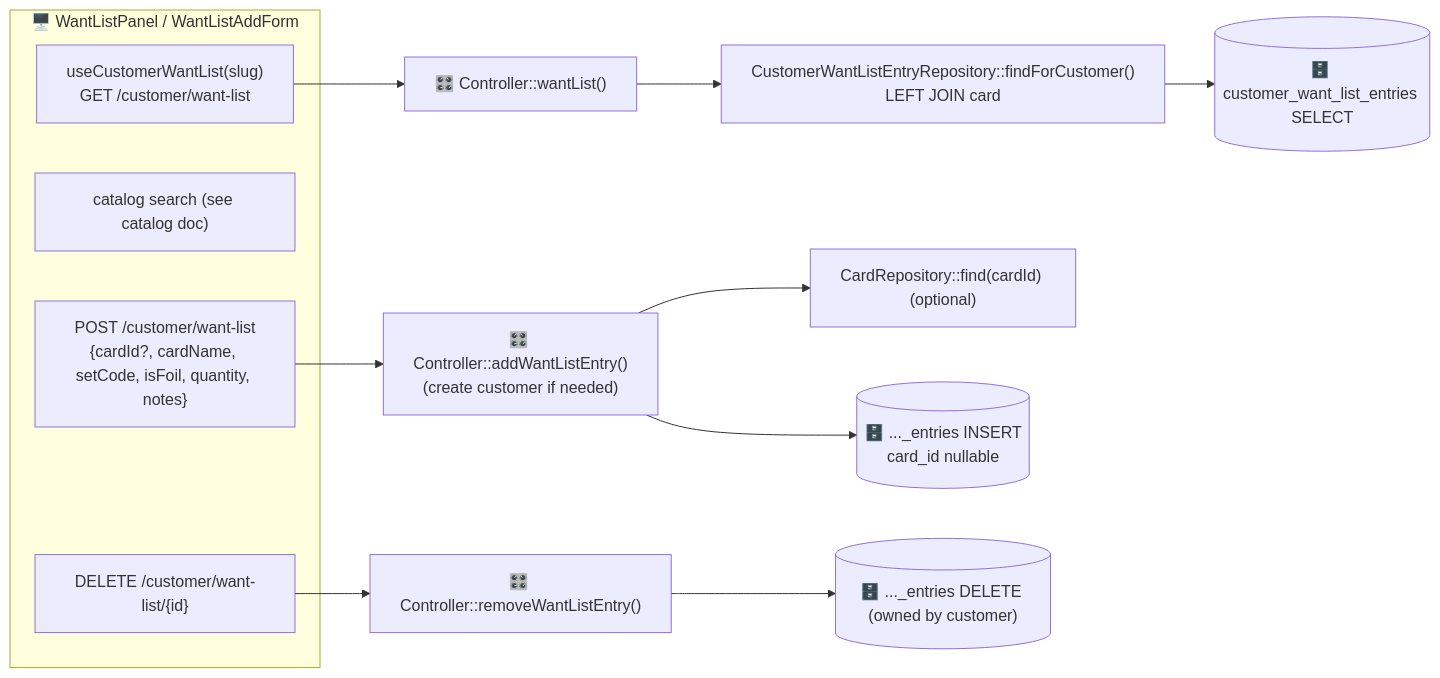
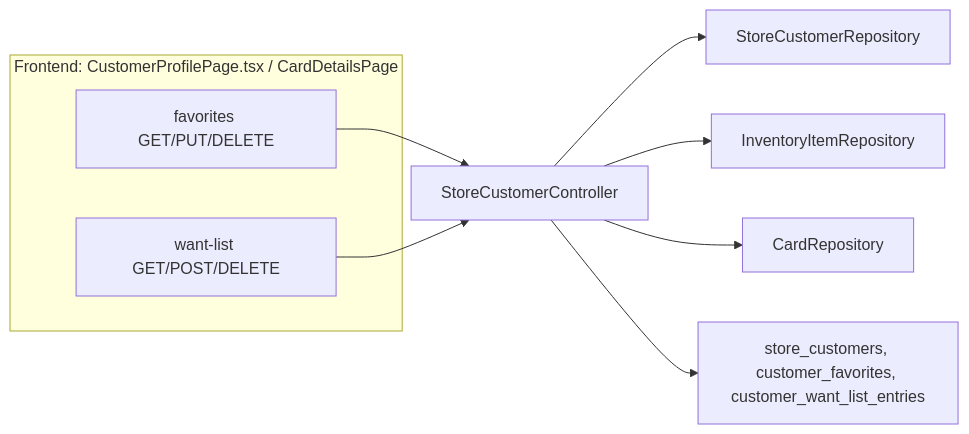
One commit to tedy97123/store changed the second of 7 diagrams in architecture/customers-and-orders.md. Above: the diagram before and after it, drawn with Mermaid. The commit also changed other lines of this file and 43 other files, not shown here.

````diff
--- a/architecture/customers-and-orders.md
+++ b/architecture/customers-and-orders.md
@@ -67,17 +50,13 @@
 ```mermaid
 flowchart LR
-    subgraph FE["🖥️ WantListPanel / WantListAddForm"]
-        lst["useCustomerWantList(slug)<br/>GET /customer/want-list"]
-        search["catalog search (see catalog doc)"]
-        add["POST /customer/want-list<br/>{cardId?, cardName, setCode, isFoil, quantity, notes}"]
-        del["DELETE /customer/want-list/{id}"]
+    subgraph FE["Frontend: CustomerProfilePage.tsx / CardDetailsPage"]
+        fav["favorites GET/PUT/DELETE"]
+        want["want-list GET/POST/DELETE"]
     end
-    lst --> w1["🎛️ Controller::wantList()"]
-    add --> w2["🎛️ Controller::addWantListEntry()<br/>(create customer if needed)"]
-    del --> w3["🎛️ Controller::removeWantListEntry()"]
-    w1 --> q["CustomerWantListEntryRepository::findForCustomer()<br/>LEFT JOIN card"]
-    w2 --> card["CardRepository::find(cardId) (optional)"]
-    q --> db[("🗄️ customer_want_list_entries SELECT")]
-    w2 --> dbw[("🗄️ ..._entries INSERT<br/>card_id nullable")]
-    w3 --> dbd[("🗄️ ..._entries DELETE (owned by customer)")]
+    fav --> ctl["StoreCustomerController"]
+    want --> ctl
+    ctl --> customer["StoreCustomerRepository"]
+    ctl --> inv["InventoryItemRepository"]
+    ctl --> card["CardRepository"]
+    ctl --> db["store_customers, customer_favorites, customer_want_list_entries"]
 ```
````
